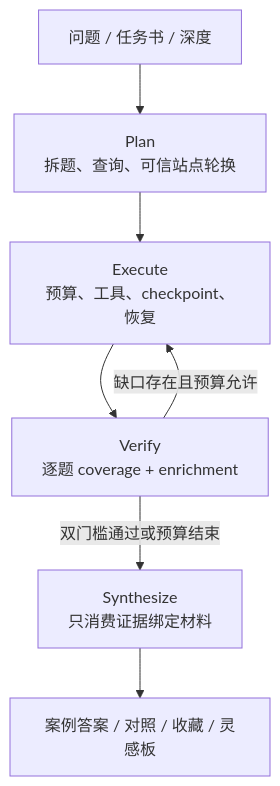
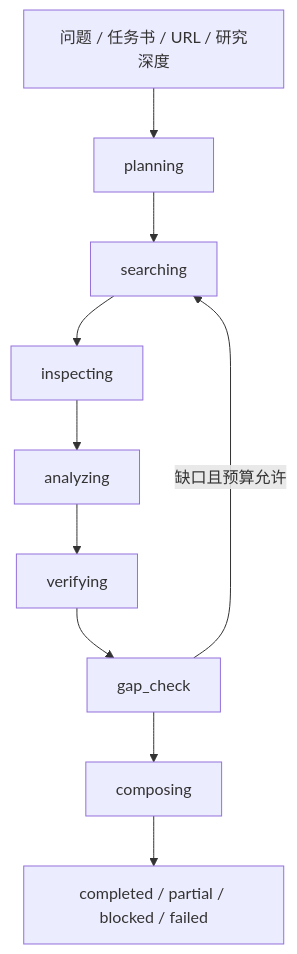
Before and after one commit to jileyu2000/archresearch: the second of 2 diagrams in docs/architecture.md, drawn with Mermaid. The commit also changed other lines of this file and 116 other files, not shown here.

````diff
--- a/docs/architecture.md
+++ b/docs/architecture.md
@@ -37,9 +58,12 @@
 ```mermaid
 flowchart TB
-    U["问题 / 任务书 / 深度"] --> P["Plan<br/>拆题、查询、可信站点轮换"]
-    P --> E["Execute<br/>预算、工具、checkpoint、恢复"]
-    E --> V["Verify<br/>逐题 coverage + enrichment"]
-    V -->|"缺口存在且预算允许"| E
-    V -->|"双门槛通过或预算结束"| S["Synthesize<br/>只消费证据绑定材料"]
-    S --> R["案例答案 / 对照 / 收藏 / 灵感板"]
+    I["问题 / 任务书 / URL / 研究深度"] --> P["planning"]
+    P --> S["searching"]
+    S --> N["inspecting"]
+    N --> A["analyzing"]
+    A --> V["verifying"]
+    V --> G["gap_check"]
+    G -->|"缺口且预算允许"| S
+    G --> C["composing"]
+    C --> O["completed / partial / blocked / failed"]
 ```
````
